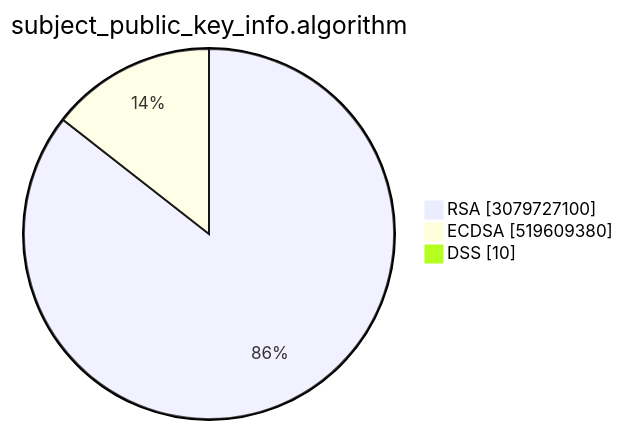
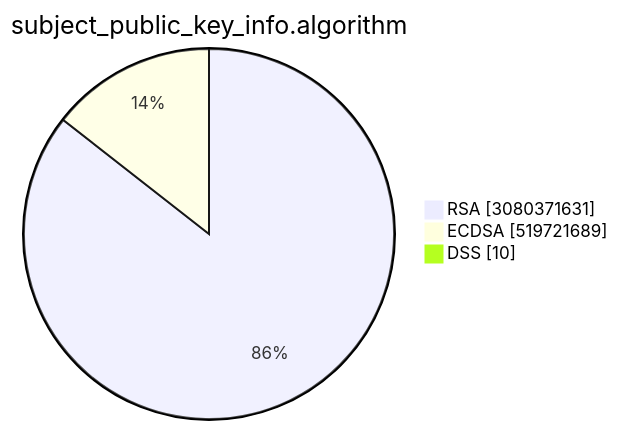
One commit to christiankrug/ctmonitor_visualization changed the second of 15 diagrams in TOTAL/README.md. Above: the diagram before and after it, drawn with Mermaid. The commit also changed other lines of this file, not shown here.

````diff
--- a/TOTAL/README.md
+++ b/TOTAL/README.md
@@ -6,7 +6,7 @@
 ```mermaid
 pie showData
 title subject_public_key_info.algorithm
-"RSA" :3079727100
-"ECDSA" :519609380
+"RSA" :3080371631
+"ECDSA" :519721689
 "DSS" :10
 ```
````
